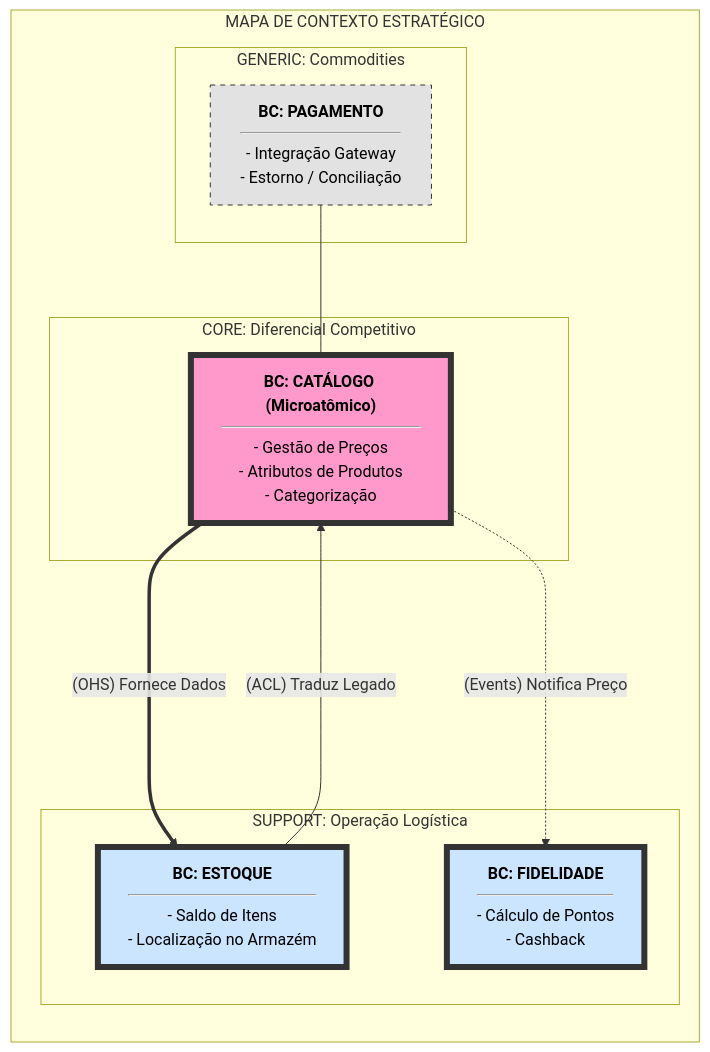
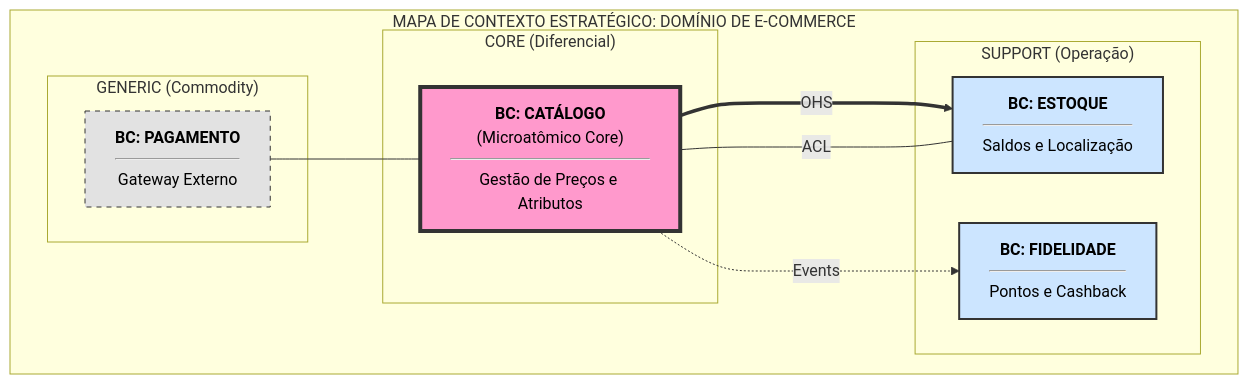
The diagram in Workshop_Microsservicos.md (BSI-UFU/MD_Workshop2), drawn with Mermaid before and after one commit.

Commit message:
Ajuste em Workshop_Microsservicos.md

````diff
--- a/Workshop_Microsservicos.md
+++ b/Workshop_Microsservicos.md
@@ -1,38 +1,34 @@
 ```mermaid
 graph LR
     %% Definição de Estilos
-    classDef core fill:#ff99cc,stroke:#333,stroke-width:6px,color:#000
-    classDef support fill:#cce5ff,stroke:#333,stroke-width:6px,color:#000
+    classDef core fill:#ff99cc,stroke:#333,stroke-width:4px,color:#000
+    classDef support fill:#cce5ff,stroke:#333,stroke-width:2px,color:#000
     classDef generic fill:#e2e2e2,stroke:#333,stroke-dasharray: 5 5,color:#000
 
-    subgraph ECOMMERCE_SYSTEM [MAPA DE CONTEXTO ESTRATÉGICO]
-        direction TB
+    subgraph STRATEGIC_MAP ["MAPA DE CONTEXTO ESTRATÉGICO: DOMÍNIO DE E-COMMERCE"]
+        direction LR
 
-        %% Detalhando o Core Domain com foco no Microatômico
-        subgraph CORE [CORE: Diferencial Competitivo]
-            CATALOGO["<b>BC: CATÁLOGO (Microatômico)</b><hr/>- Gestão de Preços<br/>- Atributos de Produtos<br/>- Categorização"]
+        subgraph CORE ["CORE (Diferencial)"]
+            CATALOGO["<b>BC: CATÁLOGO</b><br/>(Microatômico Core)<hr/>Gestão de Preços e Atributos"]
         end
 
-        %% Detalhando os Subdomínios de Suporte
-        subgraph SUPPORT [SUPPORT: Operação Logística]
-            ESTOQUE["<b>BC: ESTOQUE</b><hr/>- Saldo de Itens<br/>- Localização no Armazém"]
-            LOYALTY["<b>BC: FIDELIDADE</b><hr/>- Cálculo de Pontos<br/>- Cashback"]
+        subgraph SUPPORT ["SUPPORT (Operação)"]
+            ESTOQUE["<b>BC: ESTOQUE</b><hr/>Saldos e Localização"]
+            LOYALTY["<b>BC: FIDELIDADE</b><hr/>Pontos e Cashback"]
         end
 
-        %% Detalhando o Domínio Genérico
-        subgraph GENERIC [GENERIC: Commodities]
-            PAGAMENTO["<b>BC: PAGAMENTO</b><hr/>- Integração Gateway<br/>- Estorno / Conciliação"]
+        subgraph GENERIC ["GENERIC (Commodity)"]
+            PAGAMENTO["<b>BC: PAGAMENTO</b><hr/>Gateway Externo"]
         end
     end
 
-    %% Relacionamentos com labels claras que não obstruem os nomes
-    CATALOGO ====>|"(OHS) Fornece Dados"| ESTOQUE
-    ESTOQUE ---->|"(ACL) Traduz Legado"| CATALOGO
-    CATALOGO -.->|"(Events) Notifica Preço"| LOYALTY
+    %% Relacionamentos com labels curtas para não poluir
+    CATALOGO ===>|OHS| ESTOQUE
+    ESTOQUE ---|ACL| CATALOGO
+    CATALOGO -.->|Events| LOYALTY
     PAGAMENTO --- CATALOGO
     
-    %% Aplicação dos Estilos
     class CATALOGO core
     class ESTOQUE,LOYALTY support
     class PAGAMENTO generic
 ```
````
